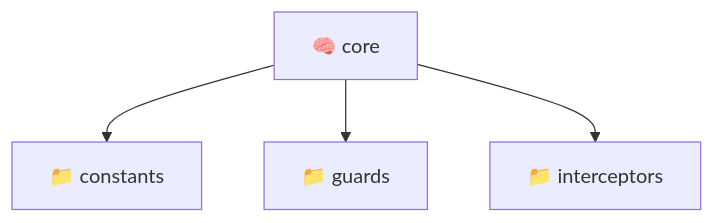
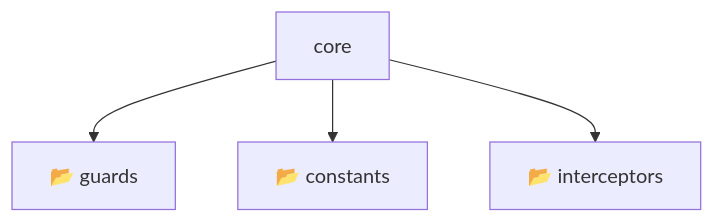
Before and after one commit to beginwebdev2002/fullstack-mavluda: the diagram in frontend/src/core/README.md, drawn with Mermaid. The commit also changed other lines of this file and 155 other files, not shown here.

````diff
--- a/frontend/src/core/README.md
+++ b/frontend/src/core/README.md
@@ -9,7 +14,7 @@
 ```mermaid
 graph TD
-  Root["🧠 core"]
-  Root --> constants["📁 constants"]
-  Root --> guards["📁 guards"]
-  Root --> interceptors["📁 interceptors"]
+    Root[core]
+    Root --> F0[📂 guards]
+    Root --> F1[📂 constants]
+    Root --> F2[📂 interceptors]
 ```
````
